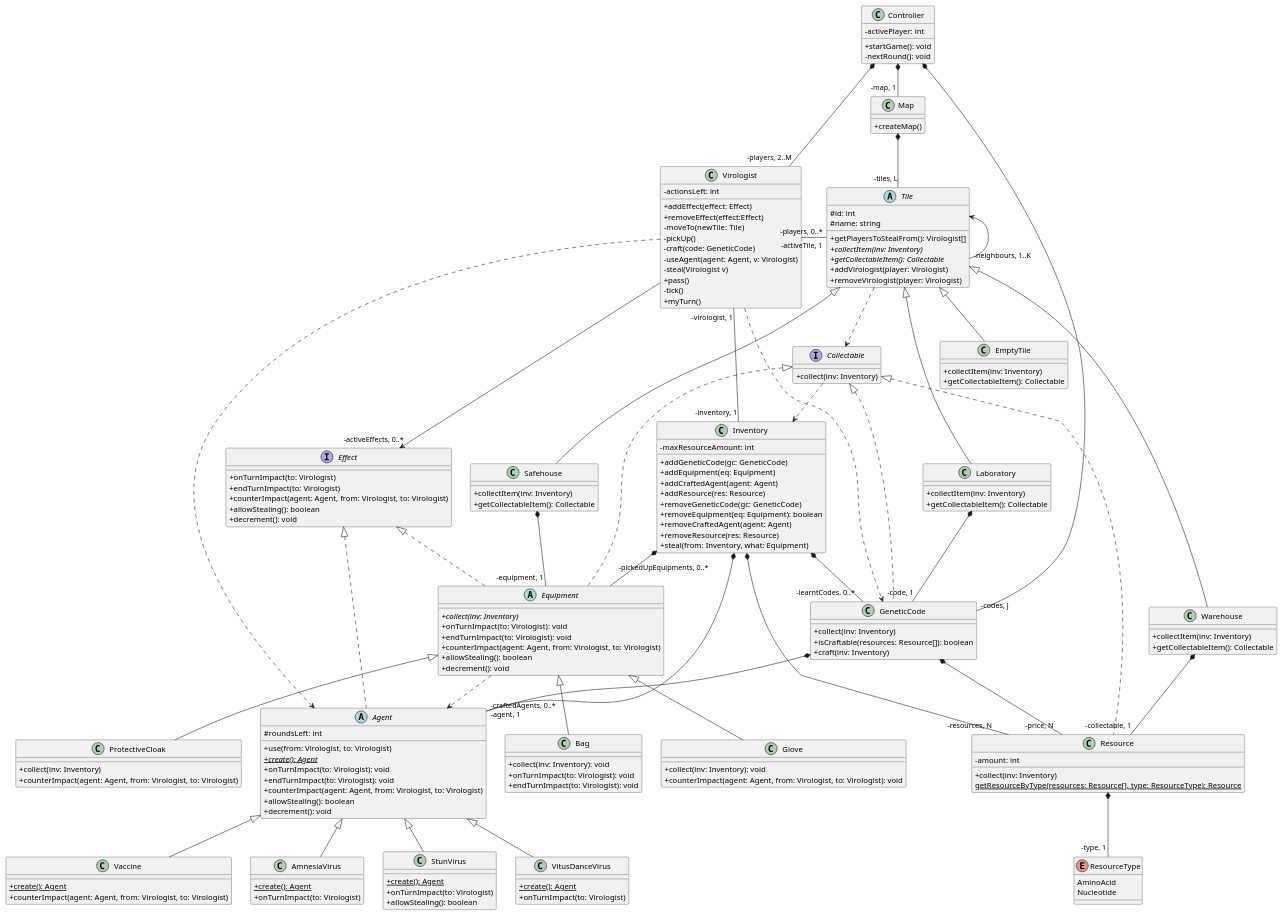
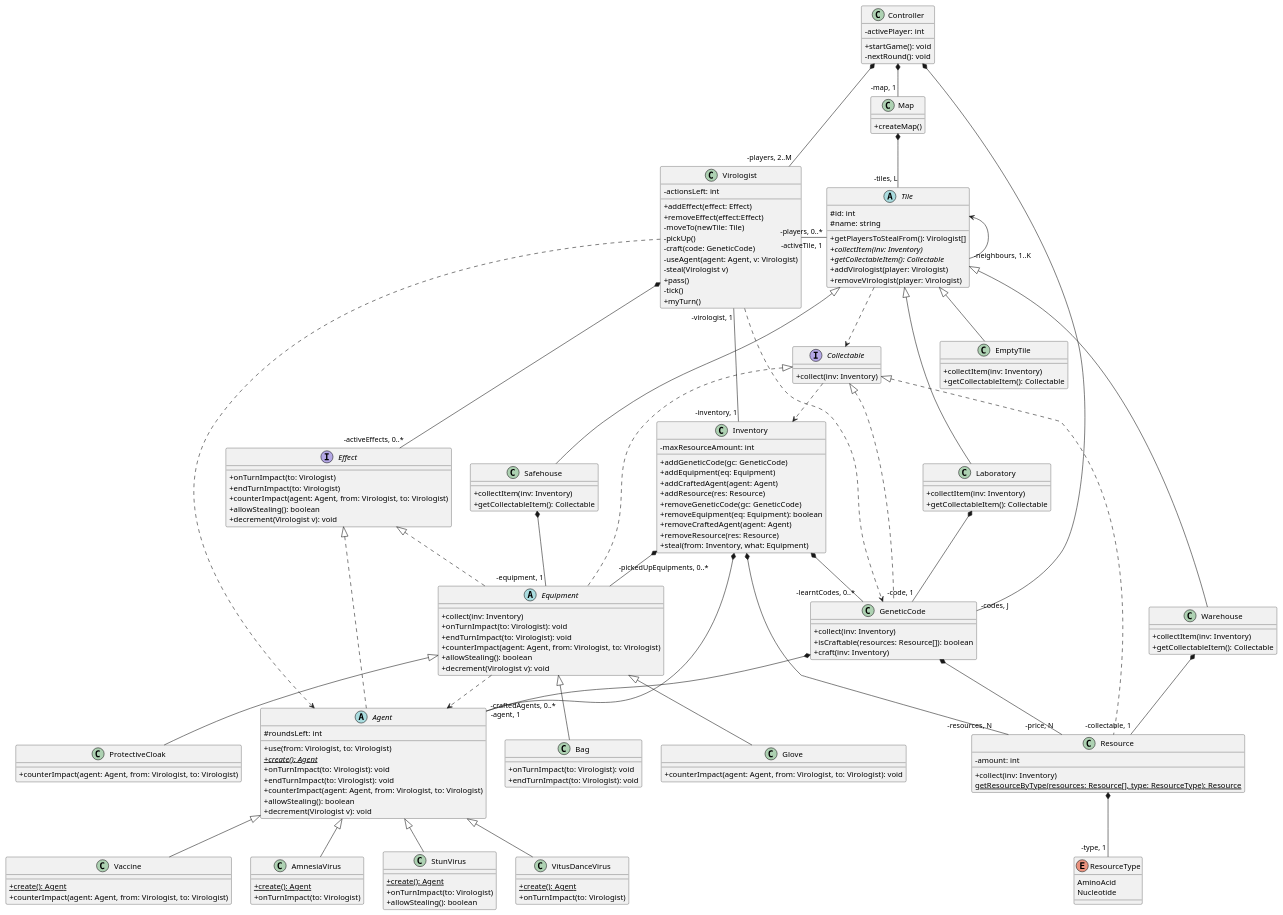
Before and after one commit to Tschonti/503-service-unavailable: the diagram in docs/classDiagrams/classDiagram.puml, drawn with PlantUML. The commit also changed 1 other file, not shown here.

```diff
--- a/docs/classDiagrams/classDiagram.puml
+++ b/docs/classDiagrams/classDiagram.puml
@@ -1,182 +1,179 @@
 @startuml
 'https://plantuml.com/class-diagram
 skinparam classAttributeIconSize 0
 class Resource implements Collectable {
     -amount: int
     +collect(inv: Inventory)
     {static} getResourceByType(resources: Resource[], type: ResourceType): Resource
 }
 
 enum ResourceType {
     AminoAcid
     Nucleotide
 }
 Resource *-- "-type, 1" ResourceType
 
 abstract class Agent implements Effect {
     #roundsLeft: int
     +use(from: Virologist, to: Virologist)
     {static} {abstract} +create(): Agent
     /'             Effekt interface            '/
     +onTurnImpact(to: Virologist): void
     +endTurnImpact(to: Virologist): void
     +counterImpact(agent: Agent, from: Virologist, to: Virologist)
     +allowStealing(): boolean
-    +decrement(): void
+    +decrement(Virologist v): void
 }
 
 class AmnesiaVirus extends Agent{
     {static} +create(): Agent
     +onTurnImpact(to: Virologist)
 }
 
 class StunVirus extends Agent{
     {static} +create(): Agent
     +onTurnImpact(to: Virologist)
     +allowStealing(): boolean
 }
 class VitusDanceVirus extends Agent{
     {static} +create(): Agent
     +onTurnImpact(to: Virologist)
 }
 class Vaccine extends Agent{
     {static} +create(): Agent
     +counterImpact(agent: Agent, from: Virologist, to: Virologist)
 }
 
 class Virologist {
     -actionsLeft: int
     +addEffect(effect: Effect)
     +removeEffect(effect:Effect)
     'az alap useCase-ek:
     -moveTo(newTile: Tile)
     -pickUp()
     -craft(code: GeneticCode)
     -useAgent(agent: Agent, v: Virologist)
     -steal(Virologist v)
     +pass()
     /' Zsombi adta hozzá '/
     -tick()          /'crafted agentek idejét eggyel csökkenti'/
     +myTurn()        /' A játékos mikor sorra kerül ezek történnek '/
 }
 
 class Inventory {
     -maxResourceAmount: int
     +addGeneticCode(gc: GeneticCode)
     +addEquipment(eq: Equipment)
     +addCraftedAgent(agent: Agent)
     +addResource(res: Resource)
     +removeGeneticCode(gc: GeneticCode)
     +removeEquipment(eq: Equipment): boolean
     +removeCraftedAgent(agent: Agent)
     +removeResource(res: Resource)
     +steal(from: Inventory, what: Equipment)
 }
 interface Effect {
     +onTurnImpact(to: Virologist)
     +endTurnImpact(to: Virologist)
     +counterImpact(agent: Agent, from: Virologist, to: Virologist)
     +allowStealing(): boolean
-    +decrement(): void
+    +decrement(Virologist v): void
 }
 class GeneticCode implements Collectable {
     +collect(inv: Inventory) /'Collectable'/
     +isCraftable(resources: Resource[]): boolean
     +craft(inv: Inventory)
 }
 
 interface Collectable {
     +collect(inv: Inventory)
 }
 
 Tile ..> Collectable
 Collectable ..> Inventory
 Virologist ..> GeneticCode
 Virologist ..> Agent
 Equipment ..> Agent
 
 Virologist "-virologist, 1" -- "-inventory, 1" Inventory
-Virologist --> "-activeEffects, 0..*" Effect
+Virologist *-- "-activeEffects, 0..*" Effect
 
 Inventory *-- "-learntCodes, 0..*" GeneticCode
 Inventory *-- "-pickedUpEquipments, 0..*\n" Equipment
 Inventory *-- "-craftedAgents, 0..*" Agent
 Inventory *-- "-resources, N" Resource
 
 GeneticCode *-- "-price, N" Resource
 GeneticCode *-- "-agent, 1" Agent
 
 Virologist "-players, 0..*" - "-activeTile, 1" Tile
 
 abstract class Equipment implements Effect, Collectable {
-    {abstract} +collect(inv: Inventory)
+    +collect(inv: Inventory)
     /'             Effekt interface            '/
     +onTurnImpact(to: Virologist): void
     +endTurnImpact(to: Virologist): void
     +counterImpact(agent: Agent, from: Virologist, to: Virologist)
     +allowStealing(): boolean
-    +decrement(): void
+    +decrement(Virologist v): void
 }
 class ProtectiveCloak extends Equipment {
-    +collect(inv: Inventory) /'Collectable'/
     +counterImpact(agent: Agent, from: Virologist, to: Virologist) /'Equipment'/
 }
 
 class Bag extends Equipment{
-    +collect(inv: Inventory): void /'Collectable'/
     +onTurnImpact(to: Virologist): void /'Equipment'/
     +endTurnImpact(to: Virologist): void /'Equipment'/
 }
 class Glove extends Equipment {
-    +collect(inv: Inventory): void /'Collectable'/
     +counterImpact(agent: Agent, from: Virologist, to: Virologist): void /'Equipment'/
 }
 
 abstract class Tile {
     #id: int
     #name: string
     +getPlayersToStealFrom(): Virologist[]
     {abstract} +collectItem(inv: Inventory)
     {abstract} +getCollectableItem(): Collectable
     +addVirologist(player: Virologist)
     +removeVirologist(player: Virologist)
 }
 class Laboratory extends Tile {
     +collectItem(inv: Inventory)
     +getCollectableItem(): Collectable
 }
 
 class Safehouse extends Tile {
     +collectItem(inv: Inventory)
     +getCollectableItem(): Collectable
 }
 class Warehouse extends Tile {
     +collectItem(inv: Inventory)
     +getCollectableItem(): Collectable
 }
 class EmptyTile extends Tile {
     +collectItem(inv: Inventory)
     +getCollectableItem(): Collectable
 }
 
 class Map {
     +createMap()
 }
 
 Laboratory *-- "-code, 1" GeneticCode
 Safehouse *-- "-equipment, 1" Equipment
 Warehouse *-- "-collectable, 1" Resource
 
 Map  *-- "-tiles, L" Tile
 Tile <-- "-neighbours, 1..K" Tile
 
 class Controller {
     -activePlayer: int
     +startGame(): void
     -nextRound(): void
 }
 Controller *-- "-map, 1" Map
 Controller *-- "-players, 2..M" Virologist
 Controller *-- "-codes, J" GeneticCode
 
 @enduml
```
